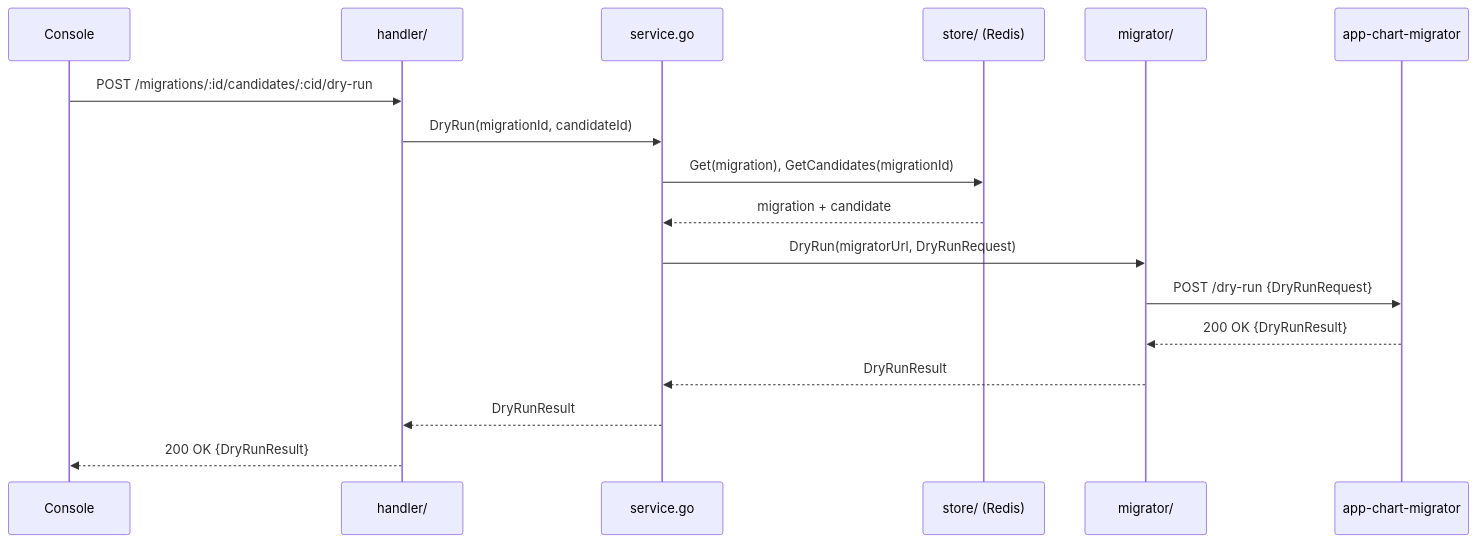
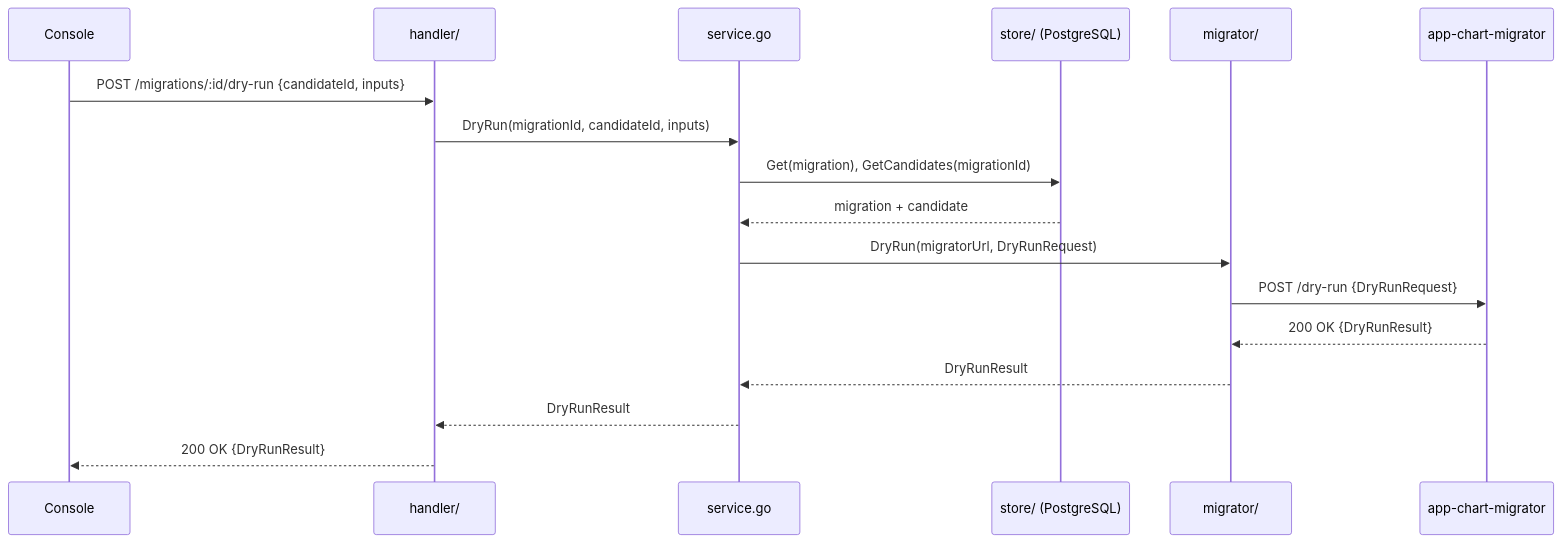
One commit to tilsley/loom changed the third of 5 diagrams in docs/flows.md. Above: the diagram before and after it, drawn with Mermaid. The commit also changed other lines of this file and 12 other files, not shown here.

````diff
--- a/docs/flows.md
+++ b/docs/flows.md
@@ -104,20 +106,20 @@
 ```mermaid
 sequenceDiagram
     participant Con as Console
     participant H as handler/
     participant S as service.go
-    participant St as store/ (Redis)
+    participant St as store/ (PostgreSQL)
     participant M as migrator/
     participant W as app-chart-migrator
 
-    Con->>H: POST /migrations/:id/candidates/:cid/dry-run
-    H->>S: DryRun(migrationId, candidateId)
+    Con->>H: POST /migrations/:id/dry-run {candidateId, inputs}
+    H->>S: DryRun(migrationId, candidateId, inputs)
     S->>St: Get(migration), GetCandidates(migrationId)
     St-->>S: migration + candidate
     S->>M: DryRun(migratorUrl, DryRunRequest)
     M->>W: POST /dry-run {DryRunRequest}
     W-->>M: 200 OK {DryRunResult}
     M-->>S: DryRunResult
     S-->>H: DryRunResult
     H-->>Con: 200 OK {DryRunResult}
 ```
````
